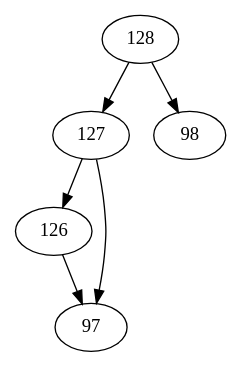
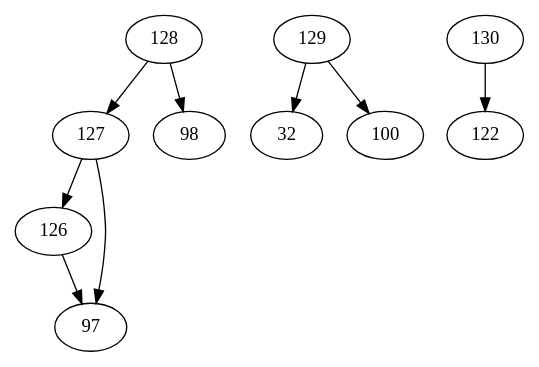
Before and after one commit to TsitouhRanjafy/algorithme: the diagram in tokenizer/bpe.dot, drawn with Graphviz. The commit also changed 1 other file, not shown here.

```diff
--- a/tokenizer/bpe.dot
+++ b/tokenizer/bpe.dot
@@ -1,5 +1,7 @@
 digraph{
     126 -> {97,97}
     127 -> {126,97}
     128 -> {127,98}
+    129 -> {32,100}
+    130 -> {122,122}
 }
```
